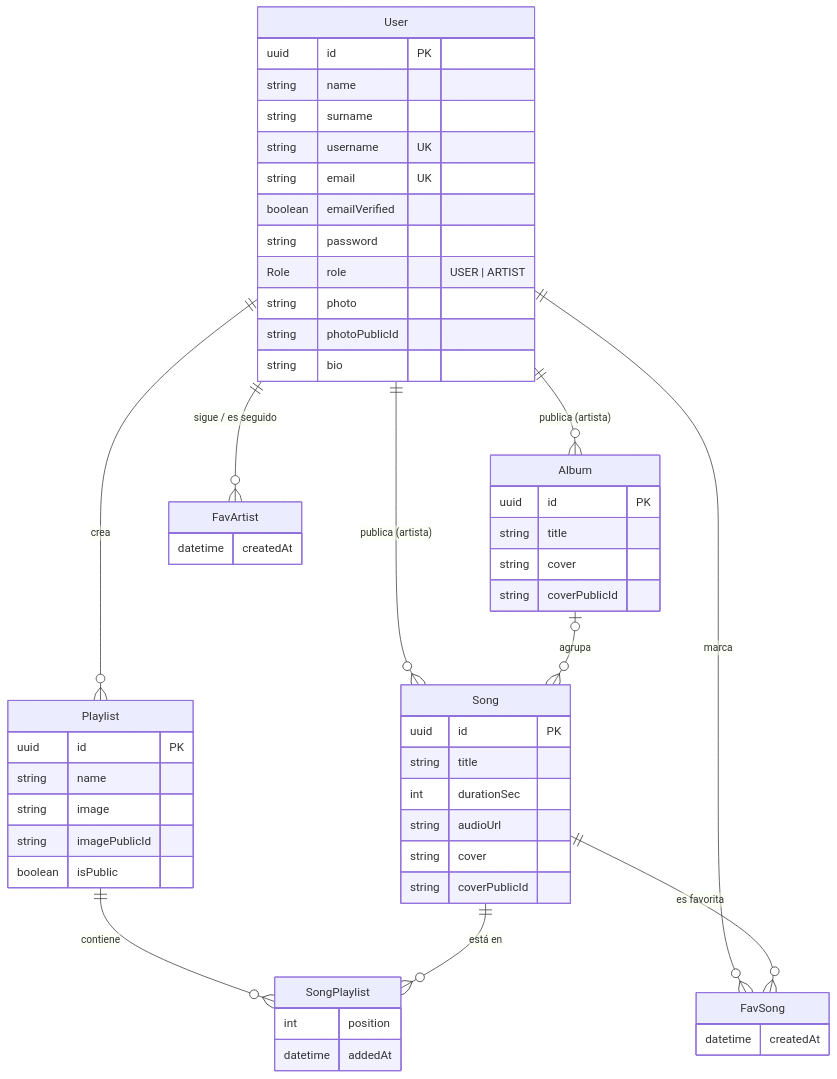
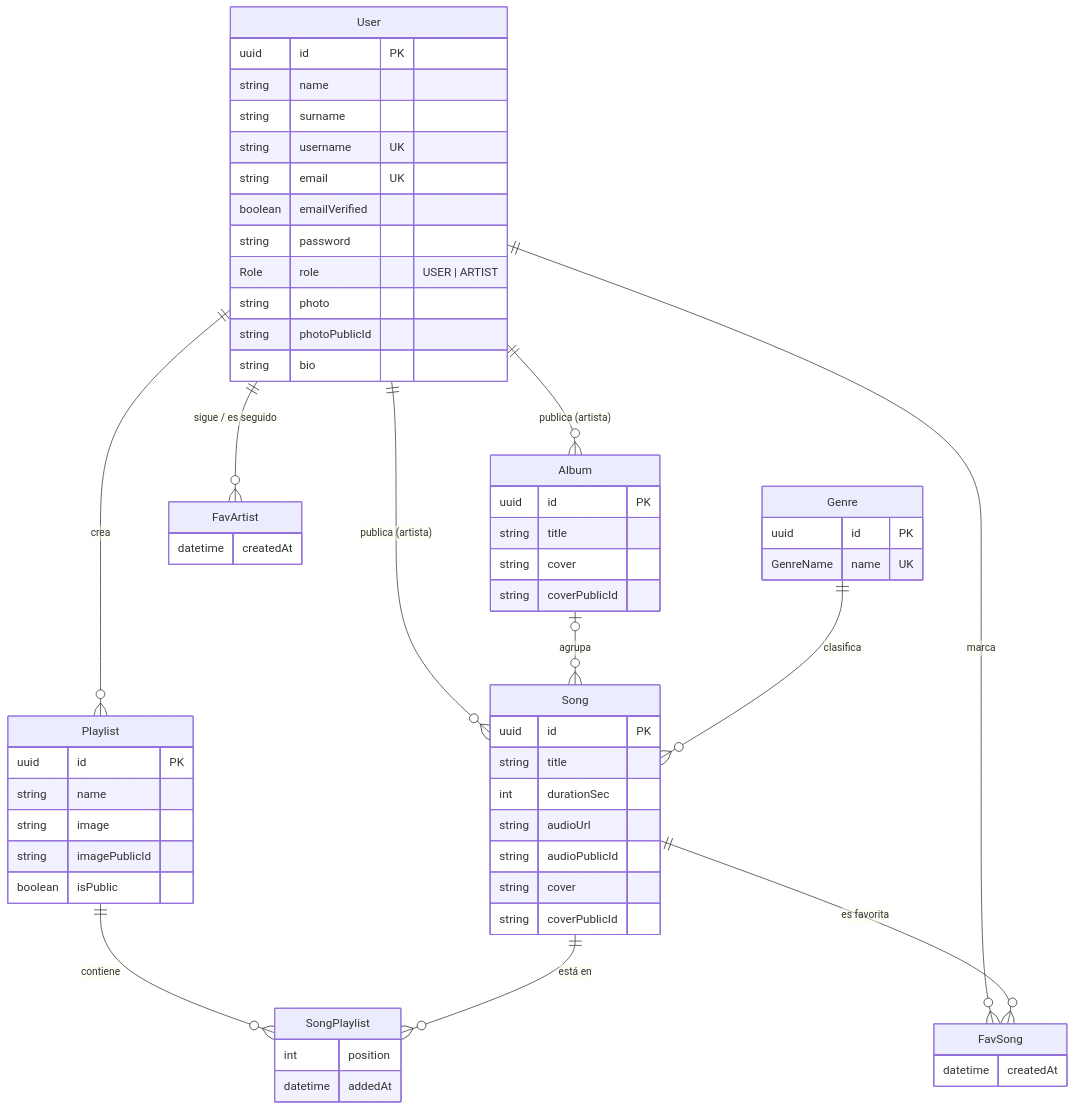
The diagram in README.md (santimontironi/garsonic-music-app), drawn with Mermaid before and after one commit. The commit also changed other lines of this file and 1 other file, not shown here.

````diff
--- a/README.md
+++ b/README.md
@@ -83,57 +107,63 @@
 ```mermaid
 erDiagram
     User ||--o{ Album : "publica (artista)"
     User ||--o{ Song : "publica (artista)"
     User ||--o{ Playlist : "crea"
     User ||--o{ FavSong : "marca"
     User ||--o{ FavArtist : "sigue / es seguido"
     Album |o--o{ Song : "agrupa"
+    Genre ||--o{ Song : "clasifica"
     Playlist ||--o{ SongPlaylist : "contiene"
     Song ||--o{ SongPlaylist : "está en"
     Song ||--o{ FavSong : "es favorita"
 
     User {
         uuid id PK
         string name
         string surname
         string username UK
         string email UK
         boolean emailVerified
         string password
         Role role "USER | ARTIST"
         string photo
         string photoPublicId
         string bio
     }
     Album {
         uuid id PK
         string title
         string cover
         string coverPublicId
     }
     Song {
         uuid id PK
         string title
         int durationSec
         string audioUrl
+        string audioPublicId
         string cover
         string coverPublicId
+    }
+    Genre {
+        uuid id PK
+        GenreName name UK
     }
     Playlist {
         uuid id PK
         string name
         string image
         string imagePublicId
         boolean isPublic
     }
     SongPlaylist {
         int position
         datetime addedAt
     }
     FavSong {
         datetime createdAt
     }
     FavArtist {
         datetime createdAt
     }
 ```
````
